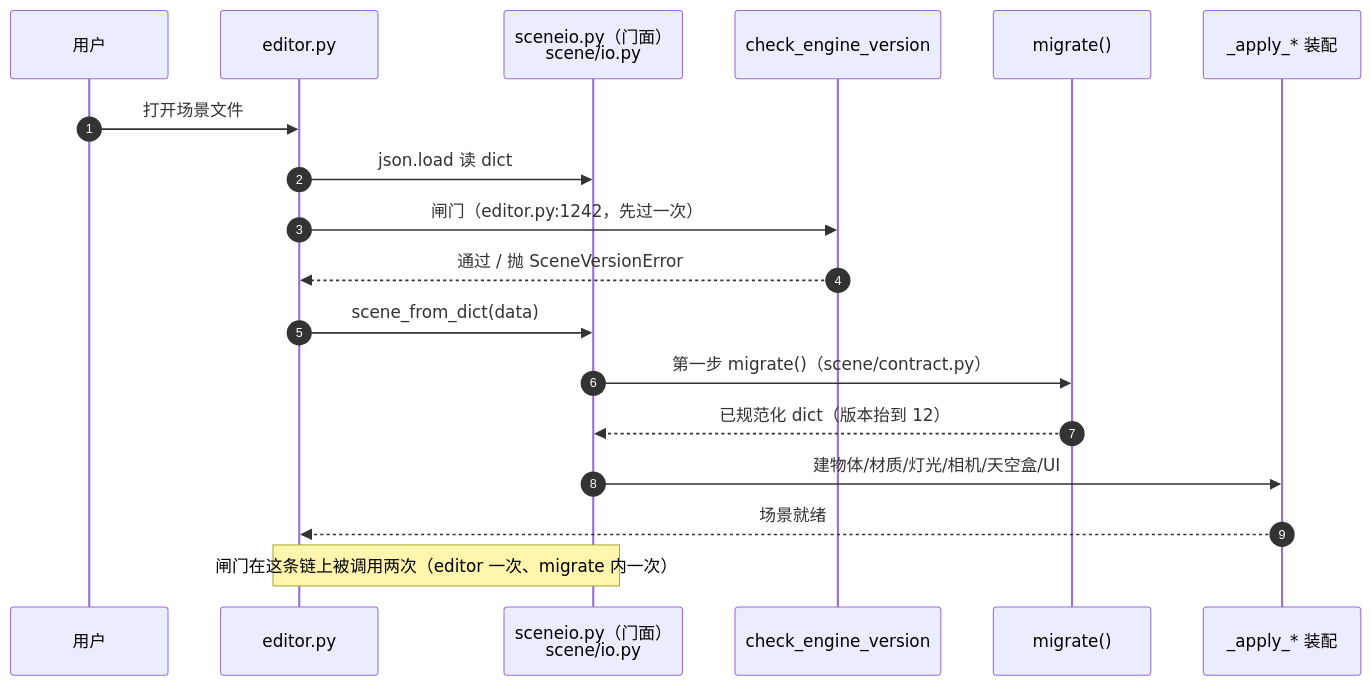
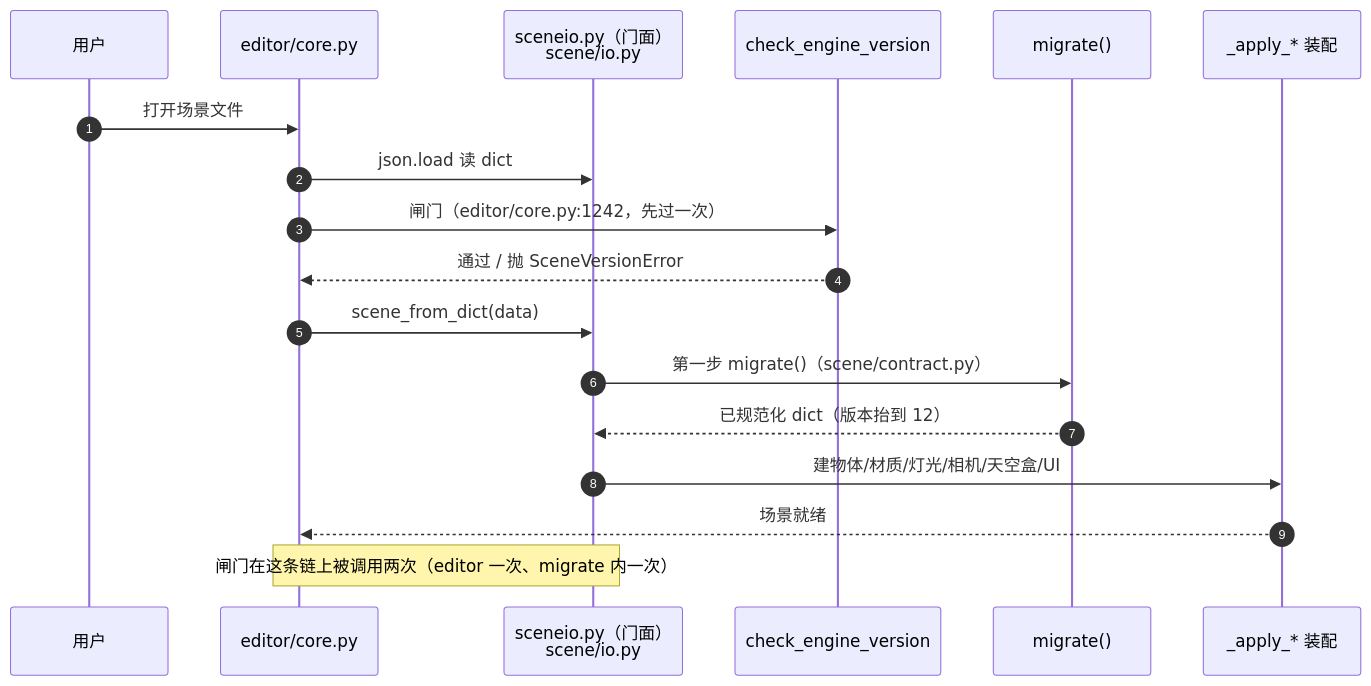
Diagram 12 of 23 in ARCHITECTURE.md (lhy302/WeaveEngine), drawn with Mermaid before and after one commit. The commit also changed other lines of this file and 75 other files, not shown here.

````diff
--- a/ARCHITECTURE.md
+++ b/ARCHITECTURE.md
@@ -511,20 +511,20 @@
 ```mermaid
 sequenceDiagram
   autonumber
   participant U as 用户
-  participant ED as editor.py
+  participant ED as editor/core.py
   participant SIO as sceneio.py（门面）<br/>scene/io.py
   participant GATE as check_engine_version
   participant MIG as migrate()
   participant AP as _apply_* 装配
   U->>ED: 打开场景文件
   ED->>SIO: json.load 读 dict
-  ED->>GATE: 闸门（editor.py:1242，先过一次）
+  ED->>GATE: 闸门（editor/core.py:1242，先过一次）
   GATE-->>ED: 通过 / 抛 SceneVersionError
   ED->>SIO: scene_from_dict(data)
   SIO->>MIG: 第一步 migrate()（scene/contract.py）
   MIG-->>SIO: 已规范化 dict（版本抬到 12）
   SIO->>AP: 建物体/材质/灯光/相机/天空盒/UI
   AP-->>ED: 场景就绪
   Note over ED,SIO: 闸门在这条链上被调用两次（editor 一次、migrate 内一次）
 ```
````
